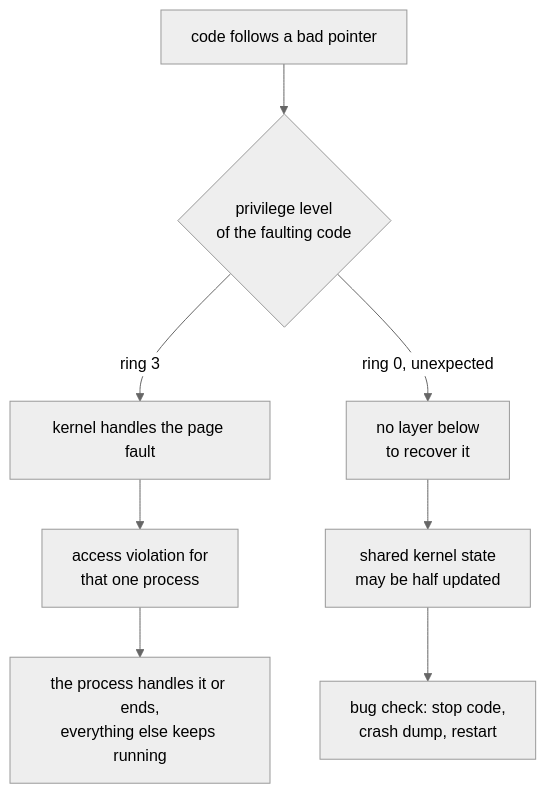
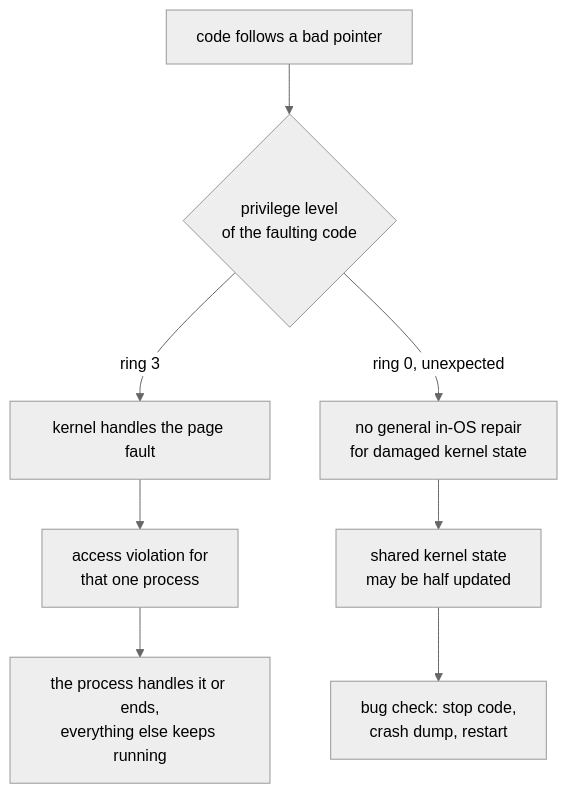
One commit to MustCodeAl/rust-game-hacking-book changed the third of 3 diagrams in site/src/content/docs/pages/14/01.mdx. Above: the diagram before and after it, drawn with Mermaid (neutral theme). The commit also changed other lines of this file and 96 other files, not shown here.

````diff
--- a/site/src/content/docs/pages/14/01.mdx
+++ b/site/src/content/docs/pages/14/01.mdx
@@ -261,10 +266,10 @@
 ```mermaid
 flowchart TD
     A["code follows a bad pointer"] --> B{"privilege level<br/>of the faulting code"}
     B -->|"ring 3"| C["kernel handles the page fault"]
     C --> D["access violation for<br/>that one process"]
     D --> E["the process handles it or ends,<br/>everything else keeps running"]
-    B -->|"ring 0, unexpected"| F["no layer below<br/>to recover it"]
+    B -->|"ring 0, unexpected"| F["no general in-OS repair<br/>for damaged kernel state"]
     F --> G["shared kernel state<br/>may be half updated"]
     G --> H["bug check: stop code,<br/>crash dump, restart"]
 ```
````
